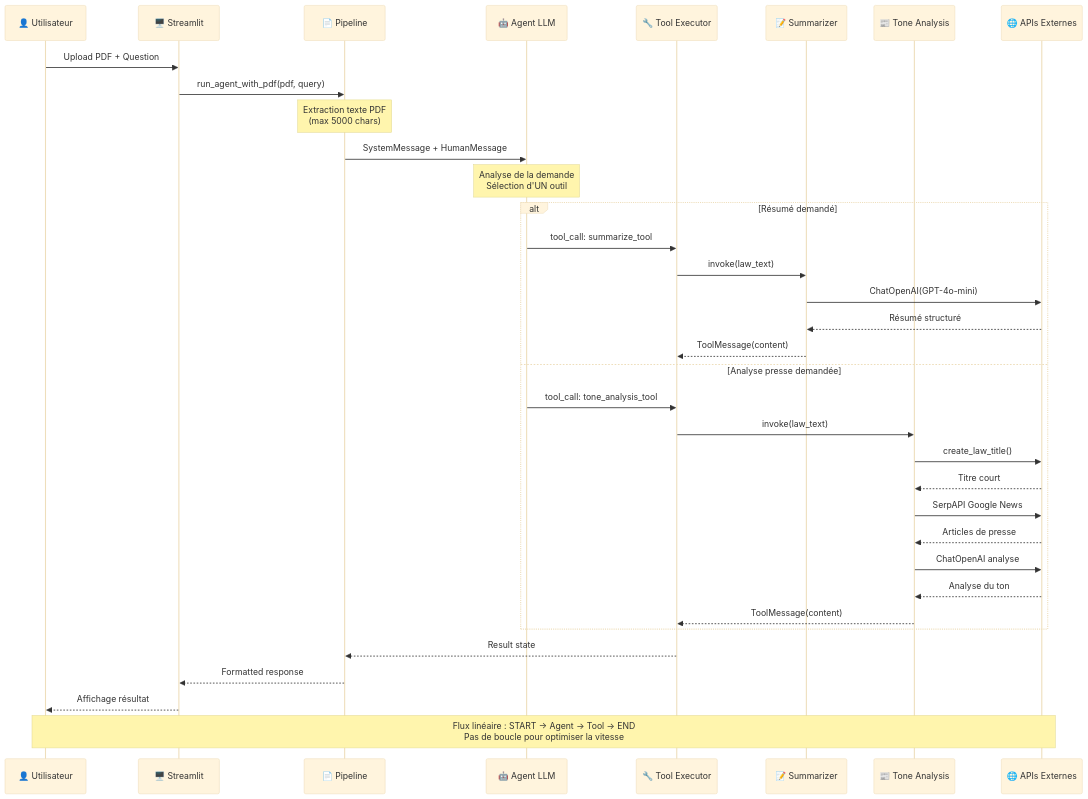
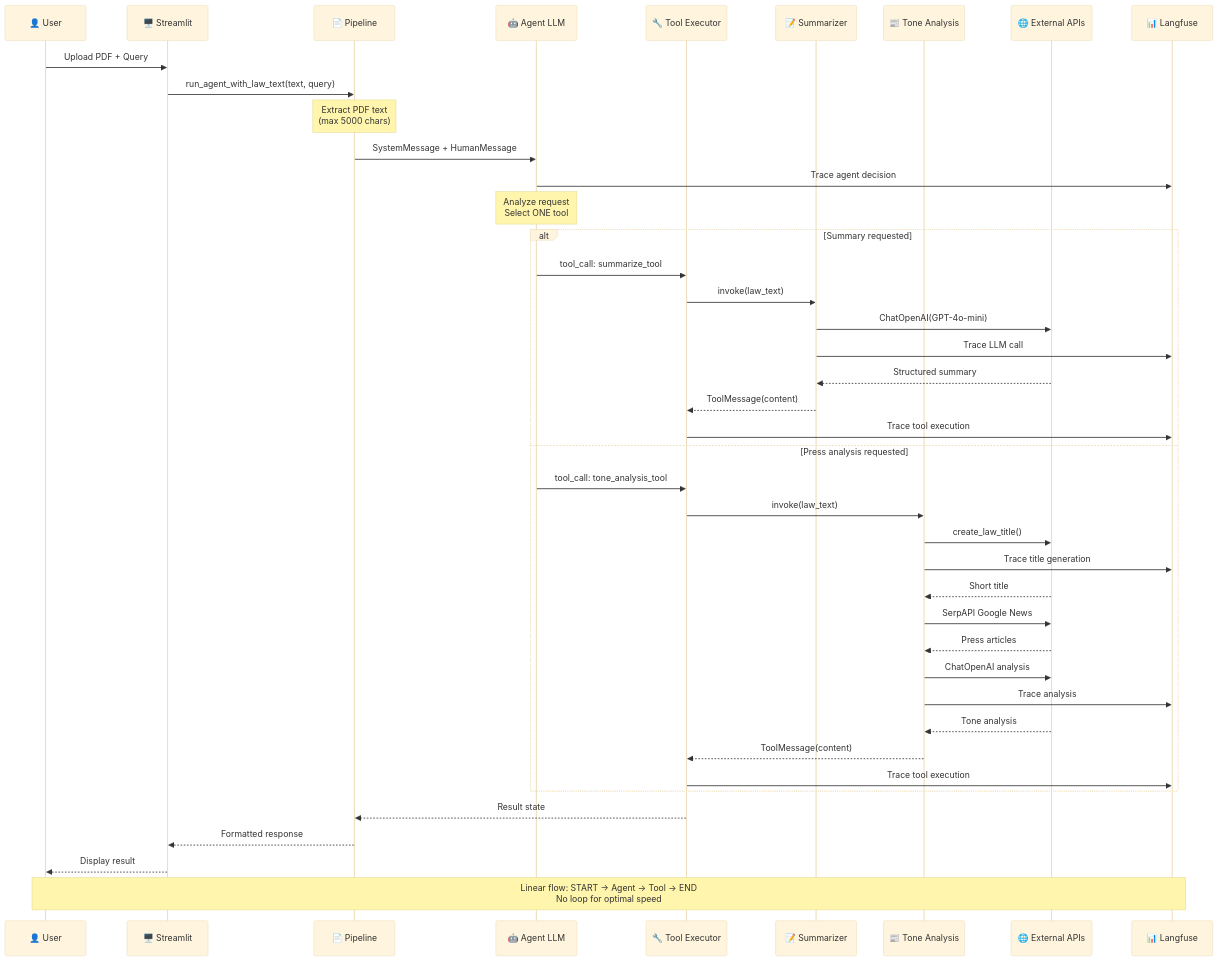
The second of 2 diagrams in README.md (Lavialle/agentic-systems-final-project), drawn with Mermaid (base theme) before and after one commit. The commit also changed other lines of this file and 9 other files, not shown here.

````diff
--- a/README.md
+++ b/README.md
@@ -64,44 +67,51 @@
 ```mermaid
 sequenceDiagram
-    participant U as 👤 Utilisateur
+    participant U as 👤 User
     participant S as 🖥️ Streamlit
     participant P as 📄 Pipeline
     participant A as 🤖 Agent LLM
     participant T as 🔧 Tool Executor
     participant SUM as 📝 Summarizer
     participant TON as 📰 Tone Analysis
-    participant API as 🌐 APIs Externes
+    participant API as 🌐 External APIs
+    participant LF as 📊 Langfuse
 
-    U->>S: Upload PDF + Question
-    S->>P: run_agent_with_pdf(pdf, query)
+    U->>S: Upload PDF + Query
+    S->>P: run_agent_with_law_text(text, query)
 
-    Note over P: Extraction texte PDF<br/>(max 5000 chars)
+    Note over P: Extract PDF text<br/>(max 5000 chars)
 
     P->>A: SystemMessage + HumanMessage
+    A->>LF: Trace agent decision
 
-    Note over A: Analyse de la demande<br/>Sélection d'UN outil
+    Note over A: Analyze request<br/>Select ONE tool
 
-    alt Résumé demandé
+    alt Summary requested
         A->>T: tool_call: summarize_tool
         T->>SUM: invoke(law_text)
         SUM->>API: ChatOpenAI(GPT-4o-mini)
-        API-->>SUM: Résumé structuré
+        SUM->>LF: Trace LLM call
+        API-->>SUM: Structured summary
         SUM-->>T: ToolMessage(content)
-    else Analyse presse demandée
+        T->>LF: Trace tool execution
+    else Press analysis requested
         A->>T: tool_call: tone_analysis_tool
         T->>TON: invoke(law_text)
         TON->>API: create_law_title()
-        API-->>TON: Titre court
+        TON->>LF: Trace title generation
+        API-->>TON: Short title
         TON->>API: SerpAPI Google News
-        API-->>TON: Articles de presse
-        TON->>API: ChatOpenAI analyse
-        API-->>TON: Analyse du ton
+        API-->>TON: Press articles
+        TON->>API: ChatOpenAI analysis
+        TON->>LF: Trace analysis
+        API-->>TON: Tone analysis
         TON-->>T: ToolMessage(content)
+        T->>LF: Trace tool execution
     end
 
     T-->>P: Result state
     P-->>S: Formatted response
-    S-->>U: Affichage résultat
+    S-->>U: Display result
 
-    Note over U,API: Flux linéaire : START → Agent → Tool → END<br/>Pas de boucle pour optimiser la vitesse
+    Note over U,LF: Linear flow: START → Agent → Tool → END<br/>No loop for optimal speed
 ```
````
